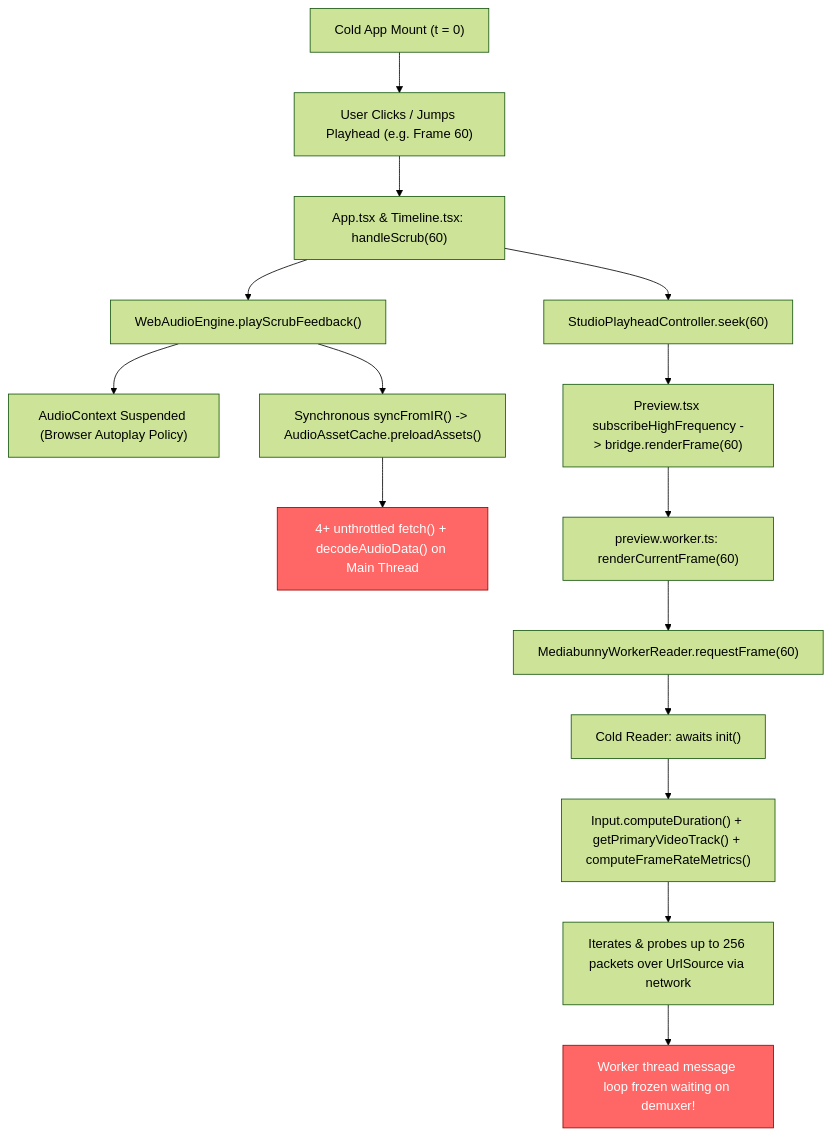
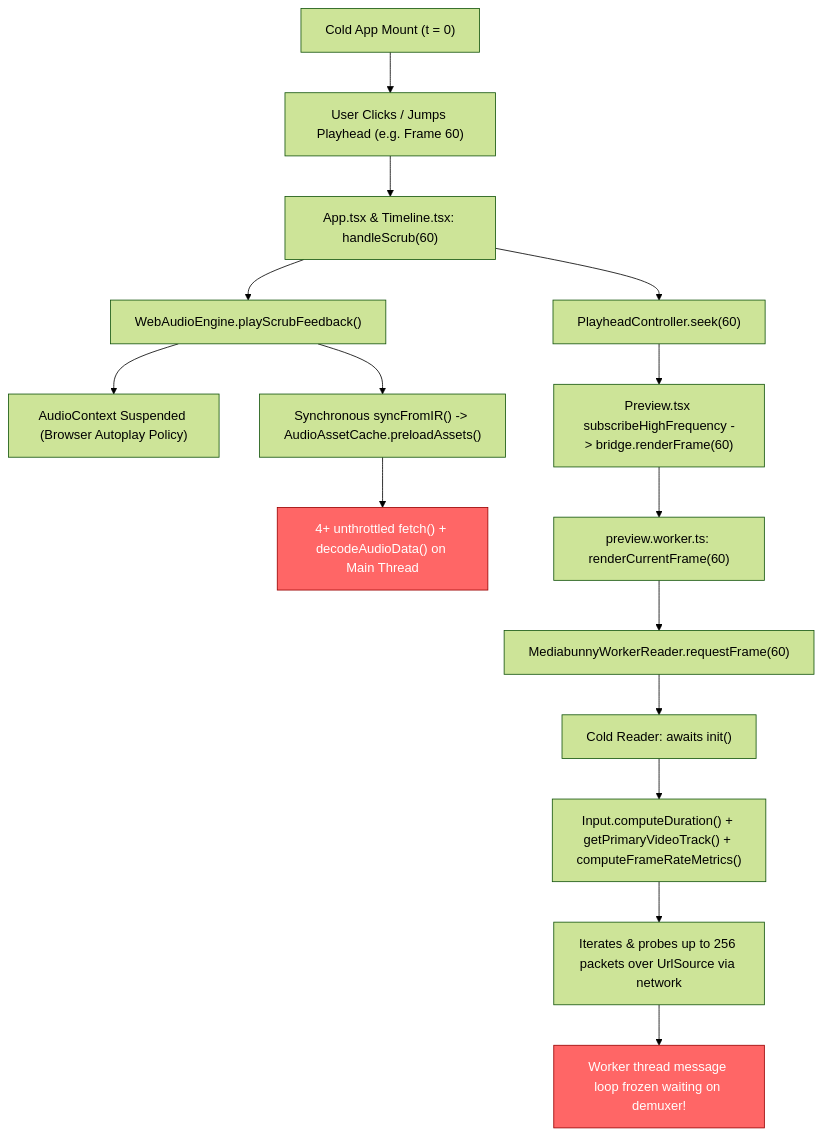
The diagram in docs/archived/unipost_archived/history/233_cold_start_playhead_jump_freeze_root_cause_analysis.md (tamanle23/acc), drawn with Mermaid (forest theme) before and after one commit. The commit also changed 31 other files, not shown here.

````diff
--- a/docs/archived/unipost_archived/history/233_cold_start_playhead_jump_freeze_root_cause_analysis.md
+++ b/docs/archived/unipost_archived/history/233_cold_start_playhead_jump_freeze_root_cause_analysis.md
@@ -12,22 +12,22 @@
 ```mermaid
 flowchart TD
     A["Cold App Mount (t = 0)"] --> B["User Clicks / Jumps Playhead (e.g. Frame 60)"]
     B --> C["App.tsx & Timeline.tsx: handleScrub(60)"]
     
     C --> D1["WebAudioEngine.playScrubFeedback()"]
     D1 --> E1["AudioContext Suspended (Browser Autoplay Policy)"]
     D1 --> E2["Synchronous syncFromIR() -> AudioAssetCache.preloadAssets()"]
     E2 --> E3["4+ unthrottled fetch() + decodeAudioData() on Main Thread"]
     
-    C --> D2["StudioPlayheadController.seek(60)"]
+    C --> D2["PlayheadController.seek(60)"]
     D2 --> F1["Preview.tsx subscribeHighFrequency -> bridge.renderFrame(60)"]
     F1 --> G1["preview.worker.ts: renderCurrentFrame(60)"]
     G1 --> H1["MediabunnyWorkerReader.requestFrame(60)"]
     H1 --> I1["Cold Reader: awaits init()"]
     I1 --> I2["Input.computeDuration() + getPrimaryVideoTrack() + computeFrameRateMetrics()"]
     I2 --> I3["Iterates & probes up to 256 packets over UrlSource via network"]
     I3 --> I4["Worker thread message loop frozen waiting on demuxer!"]
     
     style E3 fill:#ff6666,stroke:#990000,color:#fff
     style I4 fill:#ff6666,stroke:#990000,color:#fff
 ```
````
